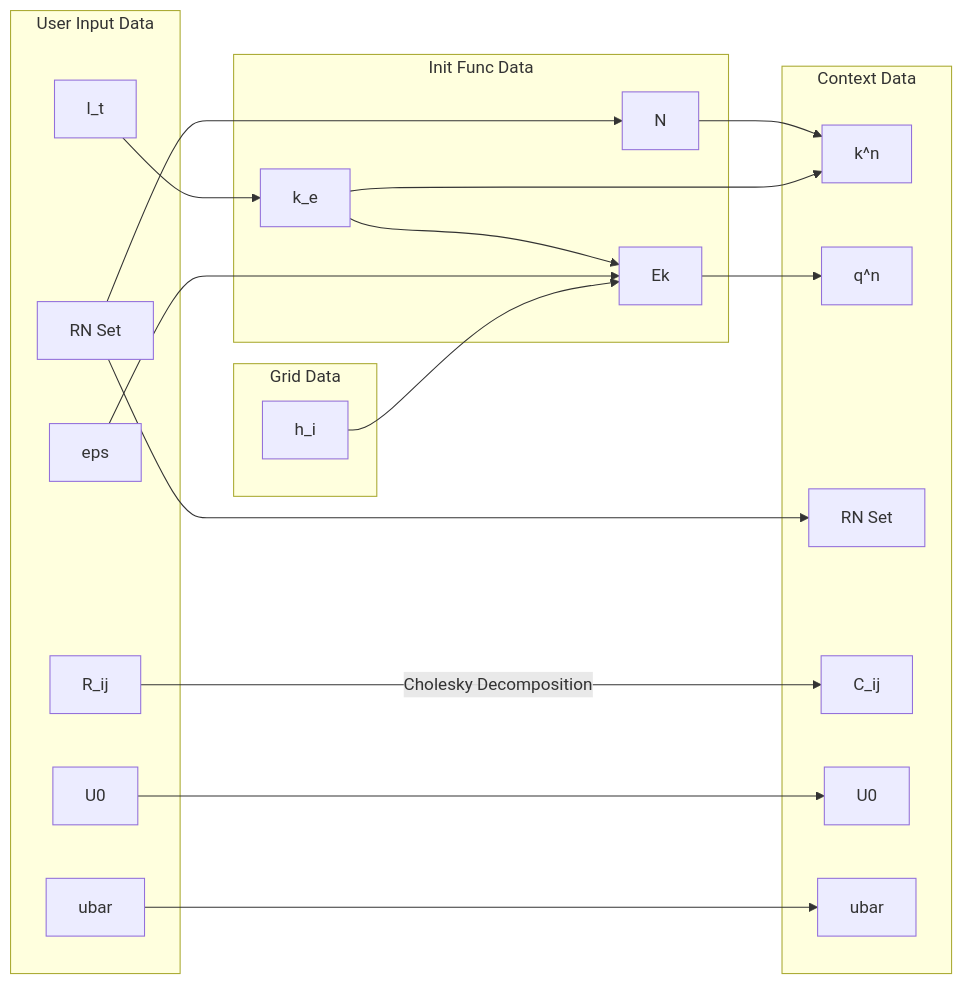
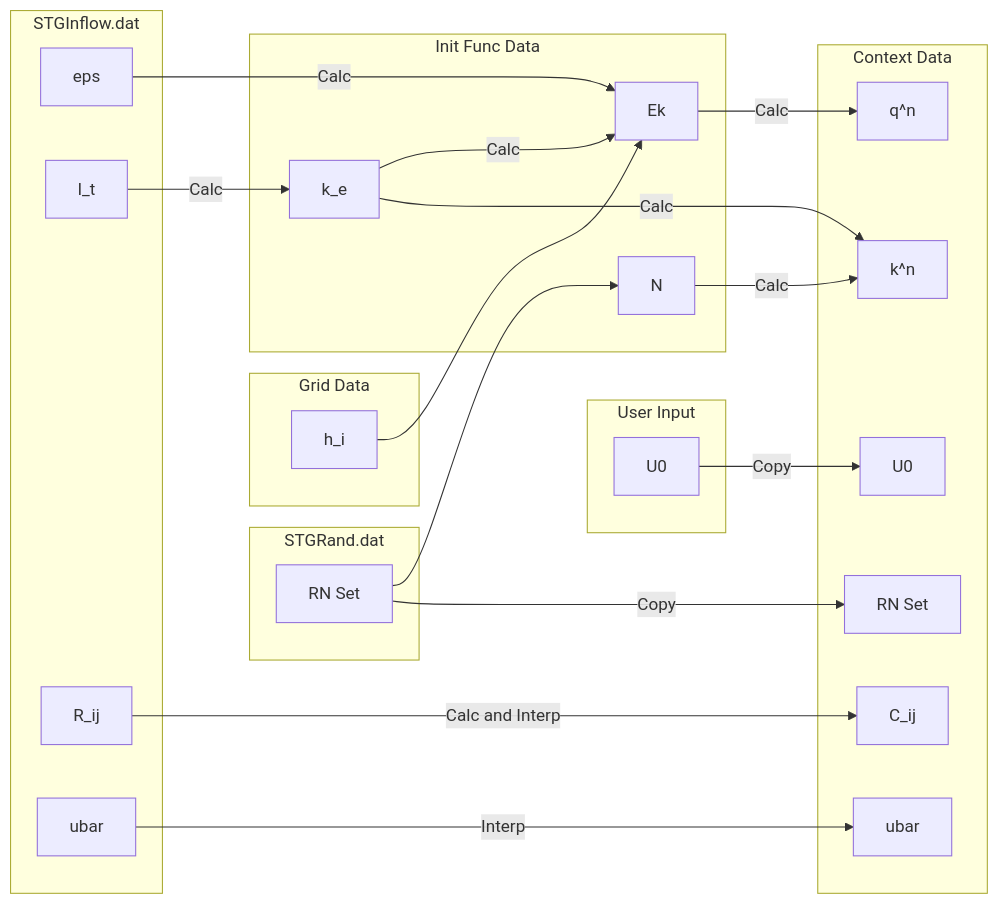
One commit to CEED/libCEED changed the diagram in examples/fluids/index.md. Above: the diagram before and after it, drawn with Mermaid. The commit also changed other lines of this file, not shown here.

Commit message:
doc(fluids): Specify STG inputs files, misc additions

````diff
--- a/examples/fluids/index.md
+++ b/examples/fluids/index.md
@@ -508,41 +509,45 @@
 ```{mermaid}
 flowchart LR
-    subgraph User Input Data
-    rand[RN Set];
-    u0[U0];
+    subgraph STGInflow.dat
     eps
     lt[l_t]
     Rij[R_ij]
     ubar
     end
 
-    init{{Init Func}}
+    subgraph STGRand.dat
+    rand[RN Set];
+    end
+
+    subgraph User Input
+    u0[U0];
+    end
 
     subgraph Grid Data
     gridsize[h_i]
     end
     gridsize --> Ek
 
     subgraph init[Init Func Data]
     Ek[Ek]
     ke[k_e]
     N;
     end
-    eps --> Ek;
-    ke --> Ek;
-    lt --> ke --> kn
-    Ek --> qn
+    eps --Calc--> Ek;
+    ke --Calc-->Ek;
+    lt --Calc-->ke --Calc-->kn
+    Ek --Calc--> qn
 
     subgraph context[Context Data]
     qn[q^n]
     randC[RN Set]
     Cij[C_ij]
-    u0 --> u0C[U0]
+    u0 --Copy--> u0C[U0]
     kn[k^n];
     ubarC[ubar]
     end
-    ubar --> ubarC;
-    rand --> randC;
-    rand --> N --> kn;
-    Rij --Cholesky Decomposition--> Cij[C_ij]
+    ubar --Interp--> ubarC;
+    rand --> N --Calc--> kn;
+    rand --Copy--> randC;
+    Rij --Calc and Interp--> Cij[C_ij]
 ```
````
